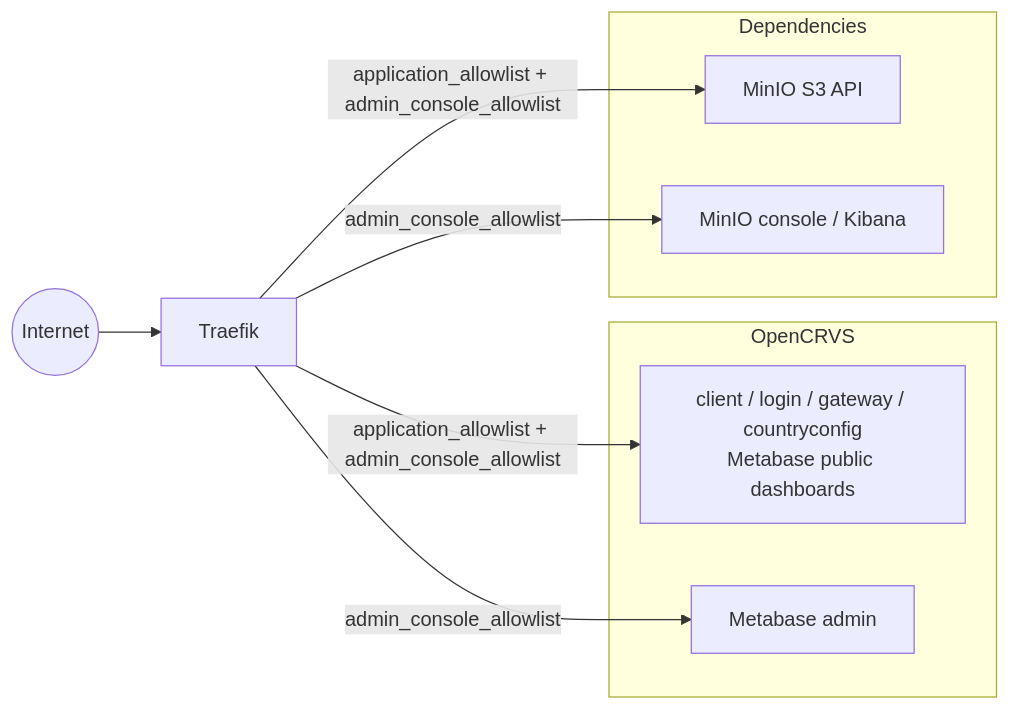
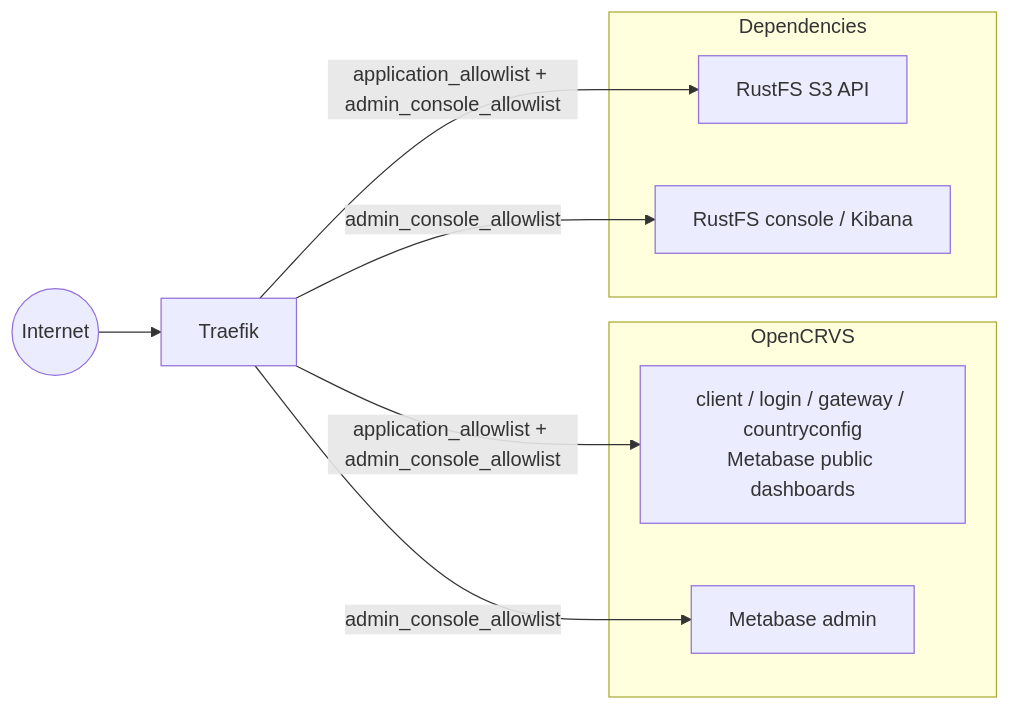
One commit to opencrvs/documentation changed the diagram in v2.2.0/technical/guides/installation/advanced-topics/ip-allowlisting.md. Above: the diagram before and after it, drawn with Mermaid. The commit also changed other lines of this file and 21 other files, not shown here.

Commit message:
fix: Replace MinIO to RustFS

````diff
--- a/v2.2.0/technical/guides/installation/advanced-topics/ip-allowlisting.md
+++ b/v2.2.0/technical/guides/installation/advanced-topics/ip-allowlisting.md
@@ -29,19 +29,19 @@
 ```mermaid
 flowchart LR
     I((Internet)) --> T[Traefik]
 
     subgraph SVC["OpenCRVS"]
         APP["client / login / gateway / countryconfig<br/>Metabase public dashboards"]
         DASH["Metabase admin"]
     end
 
     subgraph DEP["Dependencies"]
-        MINIO["MinIO S3 API"]
-        CONS["MinIO console / Kibana"]
+        RUSTFS["RustFS S3 API"]
+        CONS["RustFS console / Kibana"]
     end
 
     T -->|"application_allowlist + admin_console_allowlist"| APP
     T -->|"admin_console_allowlist"| DASH
-    T -->|"application_allowlist + admin_console_allowlist"| MINIO
+    T -->|"application_allowlist + admin_console_allowlist"| RUSTFS
     T -->|"admin_console_allowlist"| CONS
 ```
````
